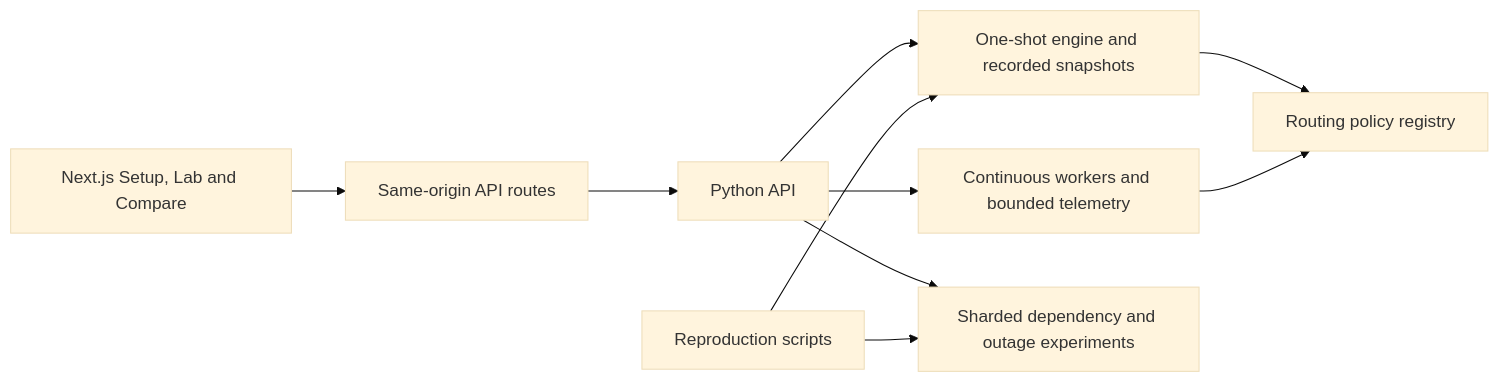
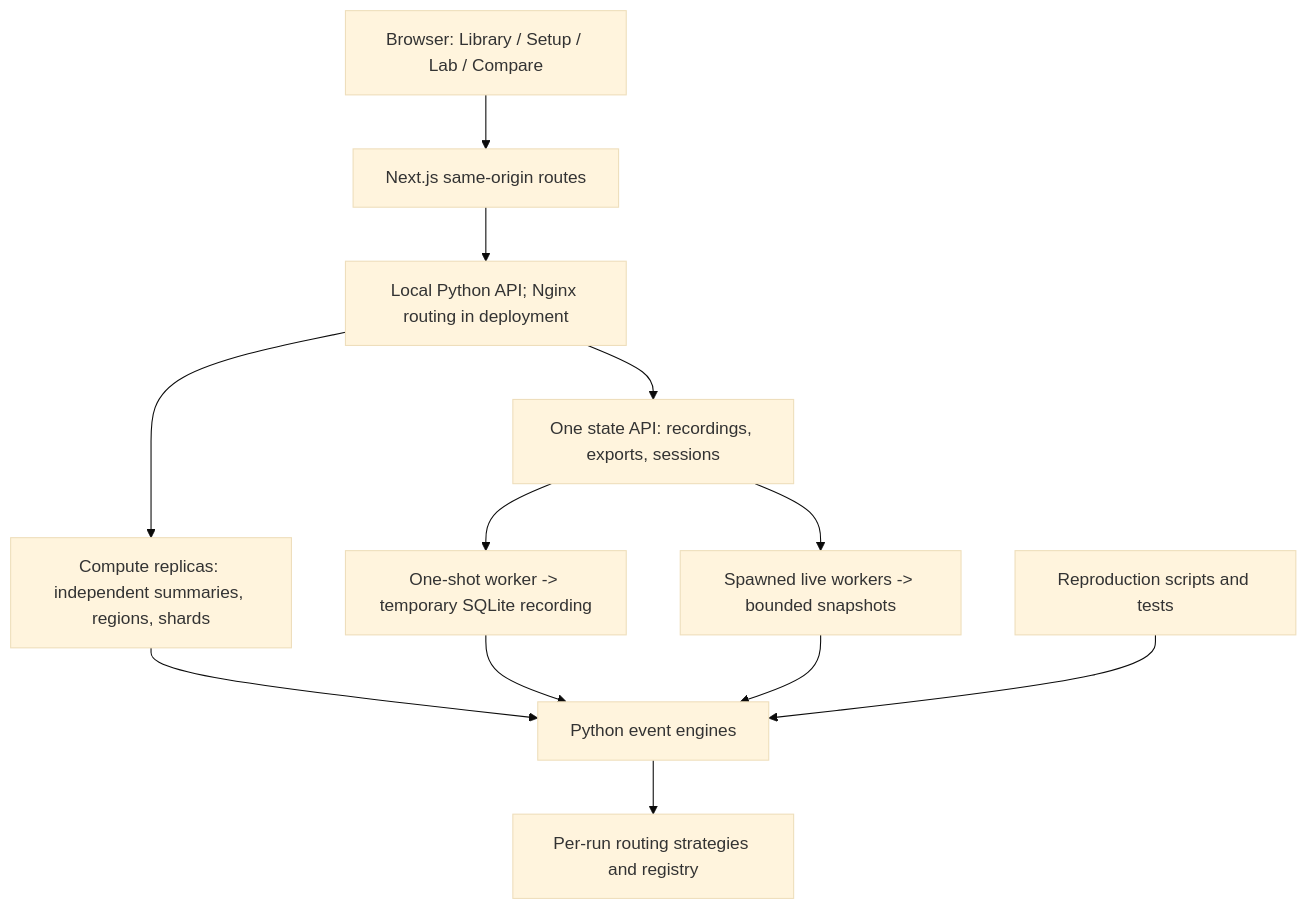
The diagram in docs/design-document.md (ec528-fall26/load-balancing), drawn with Mermaid (base theme) before and after one commit. The commit also changed other lines of this file, not shown here.

````diff
--- a/docs/design-document.md
+++ b/docs/design-document.md
@@ -12,12 +57,14 @@
 ```mermaid
-flowchart LR
-    UI[Next.js Setup, Lab and Compare] --> Proxy[Same-origin API routes]
-    Proxy --> Python[Python API]
-    Python --> Record[One-shot engine and recorded snapshots]
-    Python --> Live[Continuous workers and bounded telemetry]
-    Python --> Shards[Sharded dependency and outage experiments]
-    Record --> Policies[Routing policy registry]
-    Live --> Policies
-    Experiments[Reproduction scripts] --> Record
-    Experiments --> Shards
+flowchart TB
+    UI["Browser: Library / Setup / Lab / Compare"] --> Proxy["Next.js same-origin routes"]
+    Proxy --> API["Local Python API; Nginx routing in deployment"]
+    API --> Compute["Compute replicas: independent summaries, regions, shards"]
+    API --> State["One state API: recordings, exports, sessions"]
+    State --> Record["One-shot worker -> temporary SQLite recording"]
+    State --> Live["Spawned live workers -> bounded snapshots"]
+    Compute --> Engines["Python event engines"]
+    Record --> Engines
+    Live --> Engines
+    Engines --> Policies["Per-run routing strategies and registry"]
+    Experiments["Reproduction scripts and tests"] --> Engines
 ```
````
